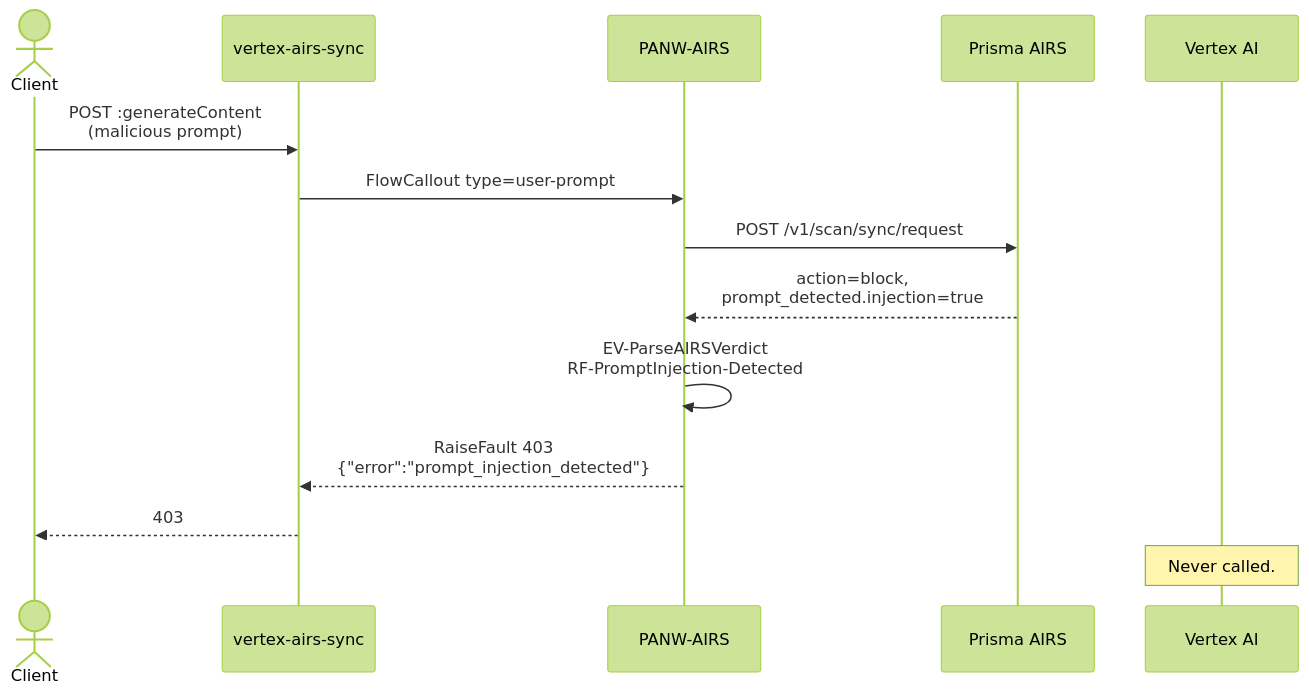
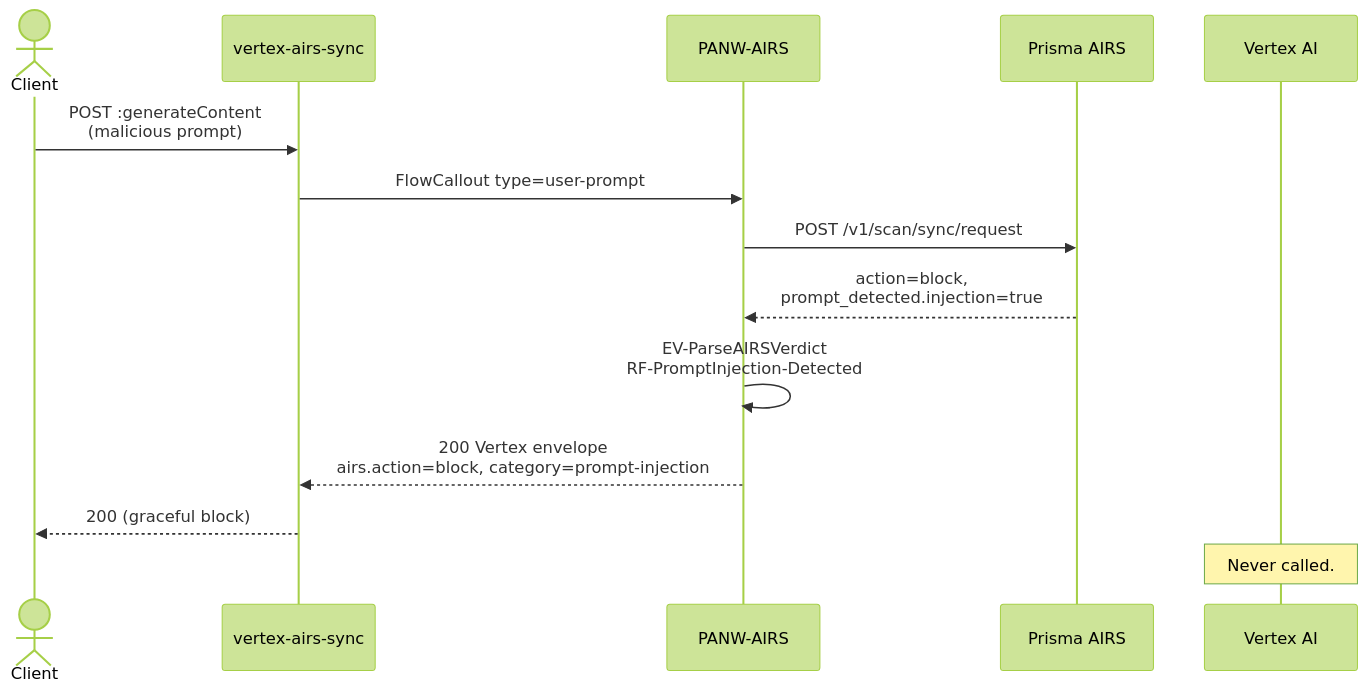
One commit to PaloAltoNetworks/prisma-airs-integrations changed the third of 5 diagrams in Google/apigee/sharedflow/ARCHITECTURE.md. Above: the diagram before and after it, drawn with Mermaid (forest theme). The commit also changed other lines of this file and 1 other file, not shown here.

First line of the commit message:
docs: correct block response to graceful 200 envelope; add Technical Requirements

````diff
--- a/Google/apigee/sharedflow/ARCHITECTURE.md
+++ b/Google/apigee/sharedflow/ARCHITECTURE.md
@@ -98,17 +98,17 @@
 ```mermaid
 sequenceDiagram
     actor Client
     participant Proxy as vertex-airs-sync
     participant SF as PANW-AIRS
     participant AIRS as Prisma AIRS
     participant Vertex as Vertex AI
 
     Client->>Proxy: POST :generateContent<br/>(malicious prompt)
     Proxy->>SF: FlowCallout type=user-prompt
     SF->>AIRS: POST /v1/scan/sync/request
     AIRS-->>SF: action=block,<br/>prompt_detected.injection=true
     SF->>SF: EV-ParseAIRSVerdict<br/>RF-PromptInjection-Detected
-    SF-->>Proxy: RaiseFault 403<br/>{"error":"prompt_injection_detected"}
-    Proxy-->>Client: 403
+    SF-->>Proxy: 200 Vertex envelope<br/>airs.action=block, category=prompt-injection
+    Proxy-->>Client: 200 (graceful block)
     Note over Vertex: Never called.
 ```
````
